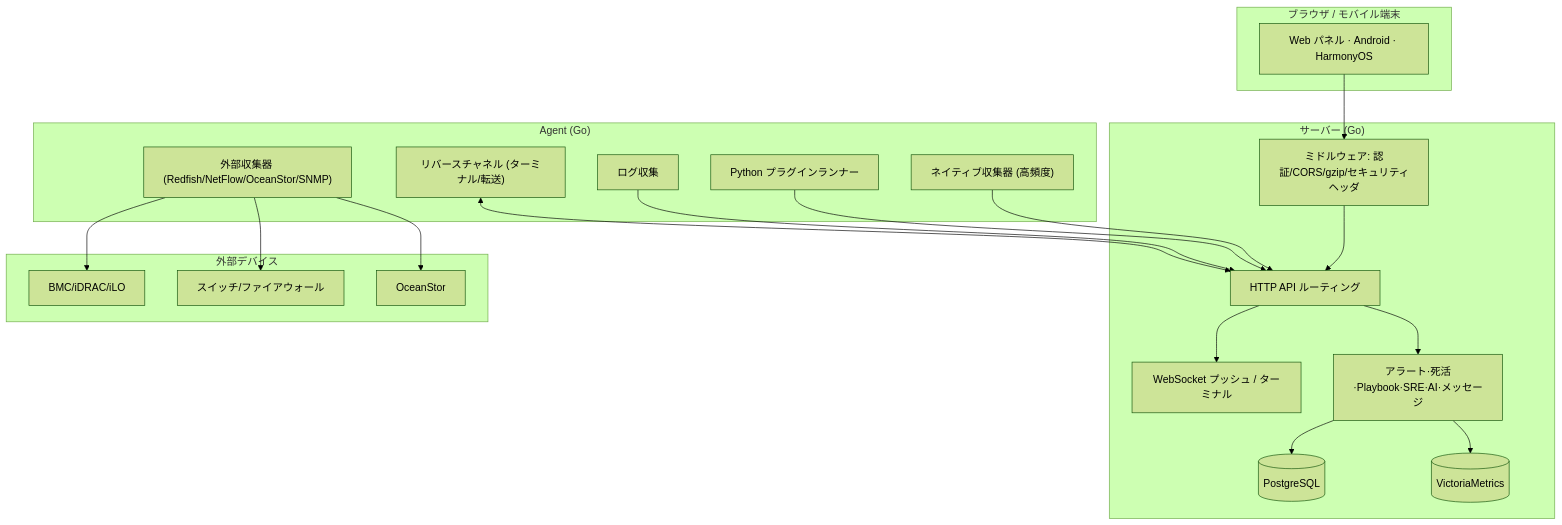
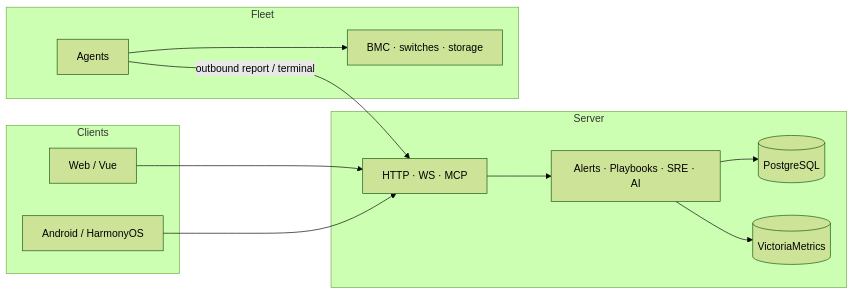
Before and after one commit to sreyun/aiops-monitor: the diagram in README.ja.md, drawn with Mermaid (forest theme). The commit also changed other lines of this file and 25 other files, not shown here.

````diff
--- a/README.ja.md
+++ b/README.ja.md
@@ -250,34 +88,24 @@
 ```mermaid
-graph TB
-  subgraph Browser["ブラウザ / モバイル端末"]
-    UI["Web パネル · Android · HarmonyOS"]
+flowchart LR
+  subgraph Clients
+    Web[Web / Vue]
+    Mob[Android / HarmonyOS]
   end
-  subgraph Server["サーバー (Go)"]
-    MW["ミドルウェア: 認証/CORS/gzip/セキュリティヘッダ"]
-    API["HTTP API ルーティング"]
-    WS["WebSocket プッシュ / ターミナル"]
-    SRE["アラート·死活·Playbook·SRE·AI·メッセージ"]
+  subgraph Server
+    API[HTTP · WS · MCP]
+    Core[Alerts · Playbooks · SRE · AI]
     PG[(PostgreSQL)]
     VM[(VictoriaMetrics)]
   end
-  subgraph Agent["Agent (Go)"]
-    COL["ネイティブ収集器 (高頻度)"]
-    EXT["外部収集器 (Redfish/NetFlow/OceanStor/SNMP)"]
-    PLG["Python プラグインランナー"]
-    LOG["ログ収集"]
-    CH["リバースチャネル (ターミナル/転送)"]
+  subgraph Fleet
+    Ag[Agents]
+    Ext[BMC · switches · storage]
   end
-  subgraph Ext["外部デバイス"]
-    BMC["BMC/iDRAC/iLO"]
-    SW["スイッチ/ファイアウォール"]
-    STOR["OceanStor"]
-  end
-  UI --> MW --> API
-  API --> SRE --> PG & VM
-  API --> WS
-  COL --> API
-  EXT --> BMC & SW & STOR
-  PLG --> API
-  LOG --> API
-  CH <--> API
+  Web --> API
+  Mob --> API
+  API --> Core
+  Core --> PG
+  Core --> VM
+  Ag -->|outbound report / terminal| API
+  Ag --> Ext
 ```
````
